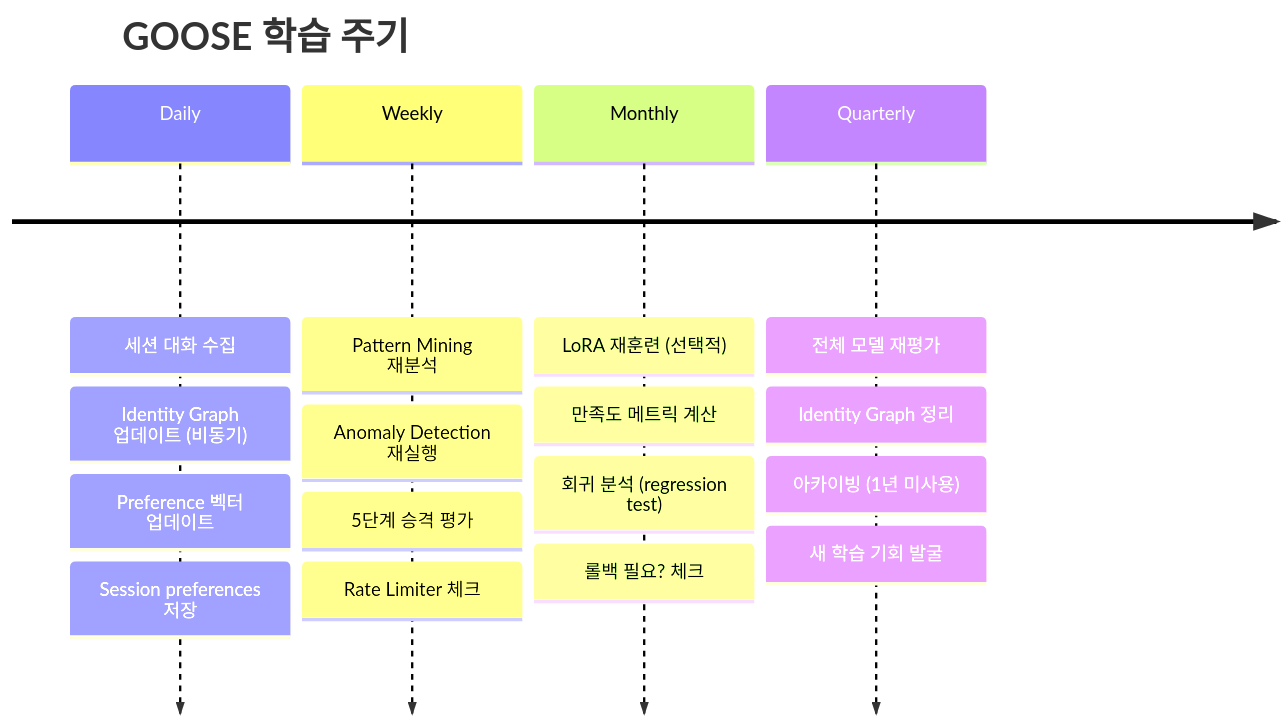
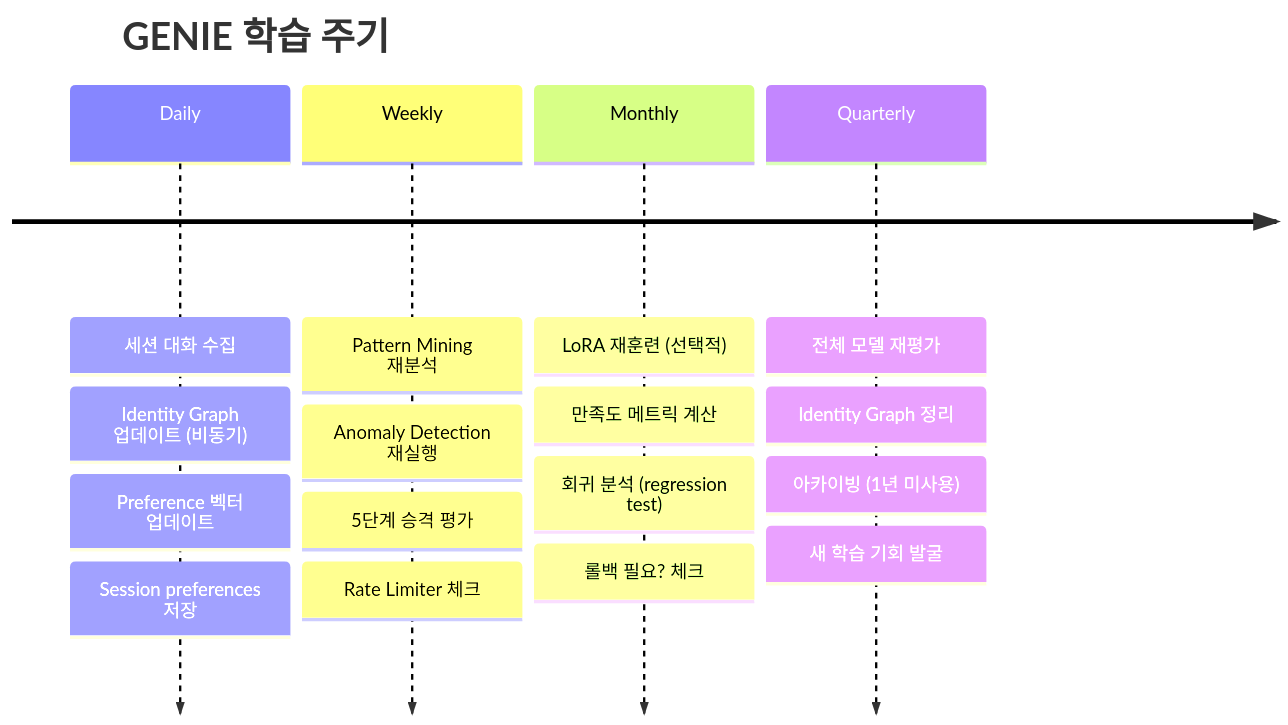
Before and after one commit to modu-ai/mink: the ninth of 16 diagrams in .moai/project/learning-engine.md, drawn with Mermaid. The commit also changed other lines of this file and 149 other files, not shown here.

First line of the commit message:
refactor: goose → genie 식별자 전면 치환 (L3 전환 1/2)

````diff
--- a/.moai/project/learning-engine.md
+++ b/.moai/project/learning-engine.md
@@ -1067,24 +1067,24 @@
 ```mermaid
 timeline
-    title GOOSE 학습 주기
+    title GENIE 학습 주기
     
     Daily : 세션 대화 수집
          : Identity Graph 업데이트 (비동기)
          : Preference 벡터 업데이트
          : Session preferences 저장
     
     Weekly : Pattern Mining 재분석
           : Anomaly Detection 재실행
           : 5단계 승격 평가
           : Rate Limiter 체크
     
     Monthly : LoRA 재훈련 (선택적)
            : 만족도 메트릭 계산
            : 회귀 분석 (regression test)
            : 롤백 필요? 체크
     
     Quarterly : 전체 모델 재평가
              : Identity Graph 정리
              : 아카이빙 (1년 미사용)
              : 새 학습 기회 발굴
 ```
````
